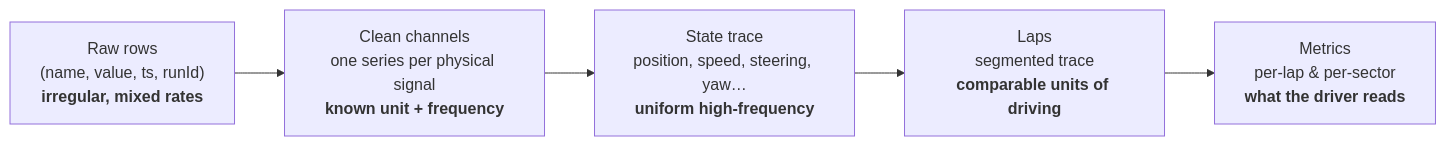
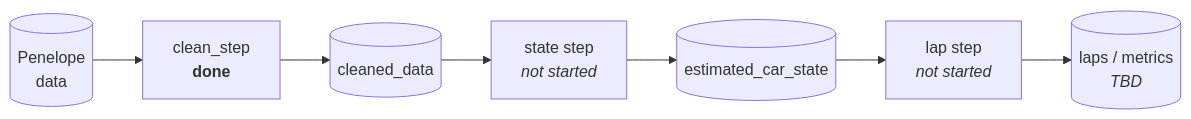
The fourth of 4 diagrams in docs/ARCHITECTURE.md (GenerateNU/orion), drawn with Mermaid before and after one commit. The commit also changed other lines of this file and 270 other files, not shown here.

````diff
--- a/docs/ARCHITECTURE.md
+++ b/docs/ARCHITECTURE.md
@@ -117,10 +189,12 @@
 ```mermaid
 flowchart LR
-    A["Raw rows<br/>(name, value, ts, runId)<br/><b>irregular, mixed rates</b>"]
-    B["Clean channels<br/>one series per physical signal<br/><b>known unit + frequency</b>"]
-    C["State trace<br/>position, speed, steering, yaw…<br/><b>uniform high-frequency</b>"]
-    D["Laps<br/>segmented trace<br/><b>comparable units of driving</b>"]
-    E["Metrics<br/>per-lap & per-sector<br/><b>what the driver reads</b>"]
+    PEN[("Penelope<br/>data")]
+    CLEAN["clean_step<br/><b>done</b>"]
+    CD[("cleaned_data")]
+    STATE["state step<br/><i>not started</i>"]
+    ECS[("estimated_car_state")]
+    LAP["lap step<br/><i>not started</i>"]
+    LAPS[("laps / metrics<br/><i>TBD</i>")]
 
-    A --> B --> C --> D --> E
+    PEN --> CLEAN --> CD --> STATE --> ECS --> LAP --> LAPS
 ```
````
